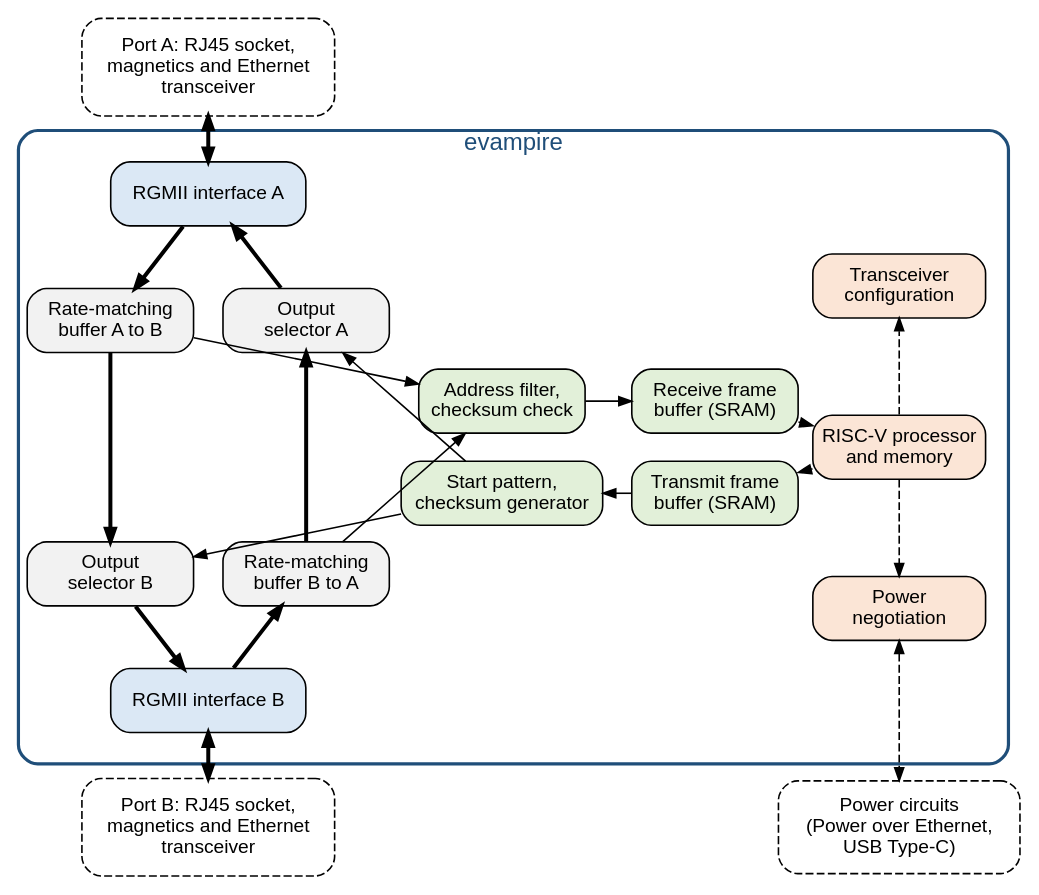
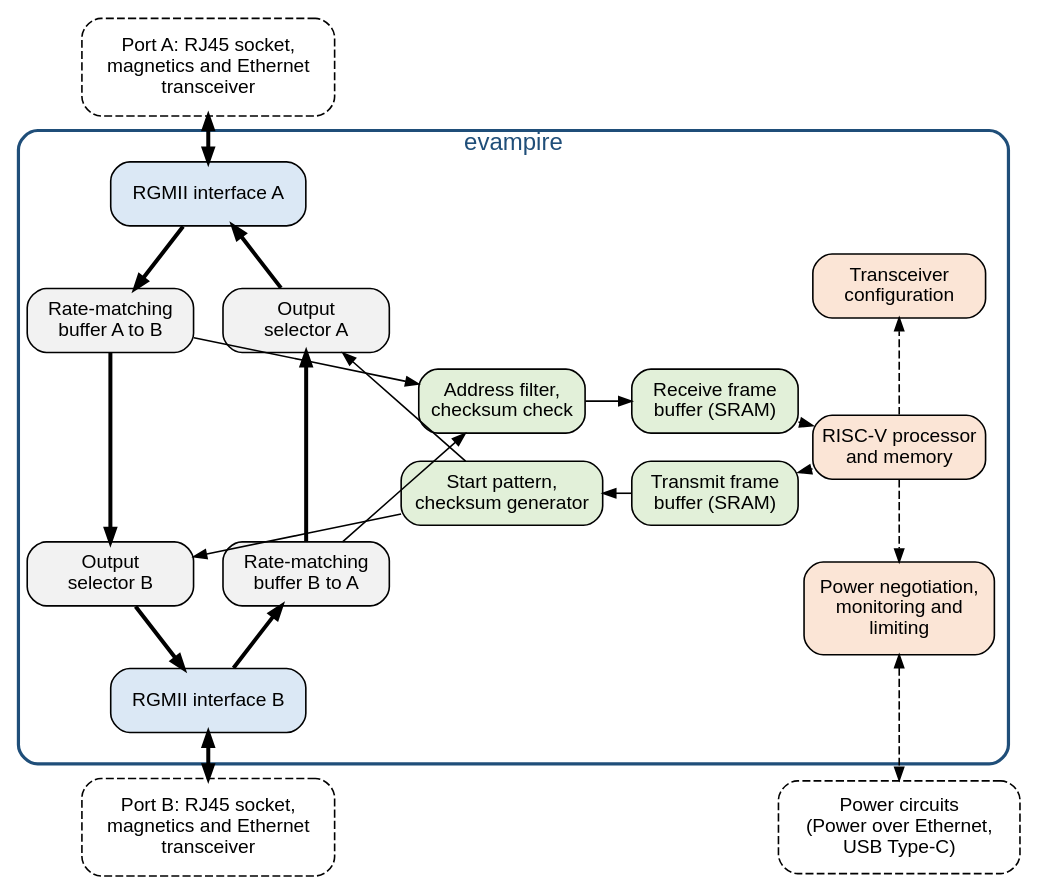
Before and after one commit to mithro/evampire: the diagram in docs/architecture/block-diagram.dot, drawn with Graphviz. The commit also changed 3 other files, not shown here.

```diff
--- a/docs/architecture/block-diagram.dot
+++ b/docs/architecture/block-diagram.dot
@@ -1,99 +1,99 @@
 // evampire block diagram.
 // Bold arrows: Ethernet frame data. Dashed arrows: control.
 //
 // The blocks are placed on a fixed grid (positions in inches) so that the
 // diagram reads top to bottom and fits the width of a documentation page:
 //
 //   column 1 (x=1.0)  forwarding path from port A to port B (downwards)
 //   column 2 (x=2.7)  forwarding path from port B to port A (upwards)
 //   column 3 (x=4.4)  address filter and frame generator
 //   column 4 (x=6.25)  frame buffers
 //   column 5 (x=7.85)  processor and its control interfaces
 //
 // SPDX-License-Identifier: Apache-2.0
 
 digraph evampire {
     graph [layout=neato, splines=false, overlap=true, outputorder=nodesfirst,
            fontname="Helvetica"];
     node  [shape=box, style="rounded,filled", fillcolor="#f2f2f2",
            fontname="Helvetica", fontsize=12, width=1.45, height=0.55,
            fixedsize=true];
     edge  [arrowsize=0.8];
 
     // Outline of the chip, drawn first so it sits behind the blocks.
     chip [label="evampire", labelloc=t, fontsize=15, fontcolor="#1f4e79",
           pos="4.5,5.0!", width=8.6, height=5.5, style="rounded,bold",
           color="#1f4e79", fillcolor="none"];
 
     // Off-chip parts.
     port_a [pos="1.85,8.3!", width=2.2, height=0.85,
             label="Port A: RJ45 socket,\nmagnetics and Ethernet\ntransceiver",
             style="rounded,filled,dashed", fillcolor="#ffffff"];
     port_b [pos="1.85,1.7!", width=2.2, height=0.85,
             label="Port B: RJ45 socket,\nmagnetics and Ethernet\ntransceiver",
             style="rounded,filled,dashed", fillcolor="#ffffff"];
     power  [pos="7.85,1.7!", width=2.1, height=0.8,
             label="Power circuits\n(Power over Ethernet,\nUSB Type-C)",
             style="rounded,filled,dashed", fillcolor="#ffffff"];
 
     // RGMII interfaces.
     rgmii_a [pos="1.85,7.2!", label="RGMII interface A", width=1.7,
              fillcolor="#dbe8f5"];
     rgmii_b [pos="1.85,2.8!", label="RGMII interface B", width=1.7,
              fillcolor="#dbe8f5"];
 
     // Cut-through forwarding.
     fifo_ab [pos="1.0,6.1!", label="Rate-matching\nbuffer A to B"];
     mux_b   [pos="1.0,3.9!", label="Output\nselector B"];
     mux_a   [pos="2.7,6.1!", label="Output\nselector A"];
     fifo_ba [pos="2.7,3.9!", label="Rate-matching\nbuffer B to A"];
 
     // Internal port.
     filt  [pos="4.4,5.4!", label="Address filter,\nchecksum check",
            fillcolor="#e2f0d9"];
     txgen [pos="4.4,4.6!", label="Start pattern,\nchecksum generator",
            fillcolor="#e2f0d9", width=1.75];
     rxbuf [pos="6.25,5.4!", label="Receive frame\nbuffer (SRAM)",
            fillcolor="#e2f0d9"];
     txbuf [pos="6.25,4.6!", label="Transmit frame\nbuffer (SRAM)",
            fillcolor="#e2f0d9"];
 
     // Microcontroller.
     cpu  [pos="7.85,5.0!", label="RISC-V processor\nand memory",
           fillcolor="#fbe5d6", width=1.5];
     mdio [pos="7.85,6.4!", label="Transceiver\nconfiguration",
           fillcolor="#fbe5d6", width=1.5];
-    pwr  [pos="7.85,3.6!", label="Power\nnegotiation", fillcolor="#fbe5d6",
-          width=1.5];
+    pwr  [pos="7.85,3.6!", label="Power negotiation,\nmonitoring and\nlimiting",
+          fillcolor="#fbe5d6", width=1.65, height=0.8];
 
     // Cable side.
     port_a  -> rgmii_a [dir=both, penwidth=2.5];
     rgmii_b -> port_b  [dir=both, penwidth=2.5];
 
     // Forwarding, A to B.
     rgmii_a -> fifo_ab [penwidth=2.5];
     fifo_ab -> mux_b   [penwidth=2.5];
     mux_b   -> rgmii_b [penwidth=2.5];
 
     // Forwarding, B to A.
     rgmii_b -> fifo_ba [penwidth=2.5];
     fifo_ba -> mux_a   [penwidth=2.5];
     mux_a   -> rgmii_a [penwidth=2.5];
 
     // Frames copied to the processor.
     fifo_ab -> filt;
     fifo_ba -> filt;
     filt    -> rxbuf;
     rxbuf   -> cpu;
 
     // Frames sent by the processor.
     cpu   -> txbuf;
     txbuf -> txgen;
     txgen -> mux_a;
     txgen -> mux_b;
 
     // Control.
     cpu -> mdio  [style=dashed];
     cpu -> pwr   [style=dashed];
     pwr -> power [style=dashed, dir=both];
 }
```
